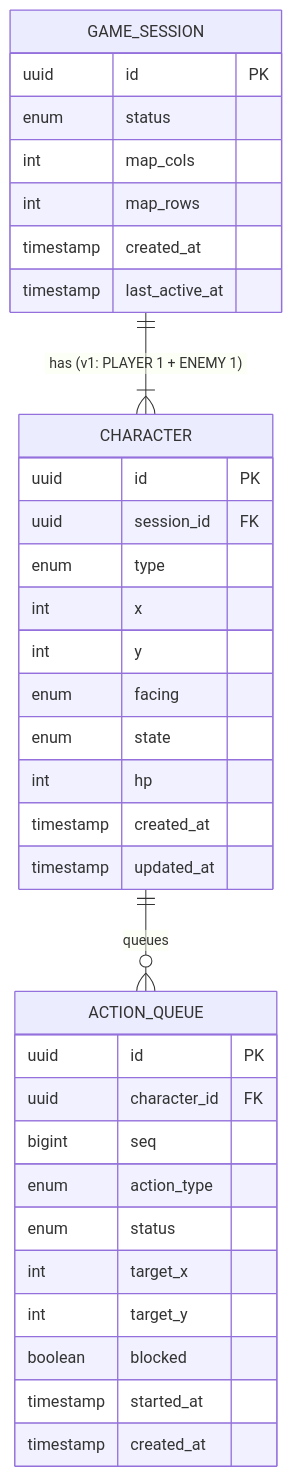
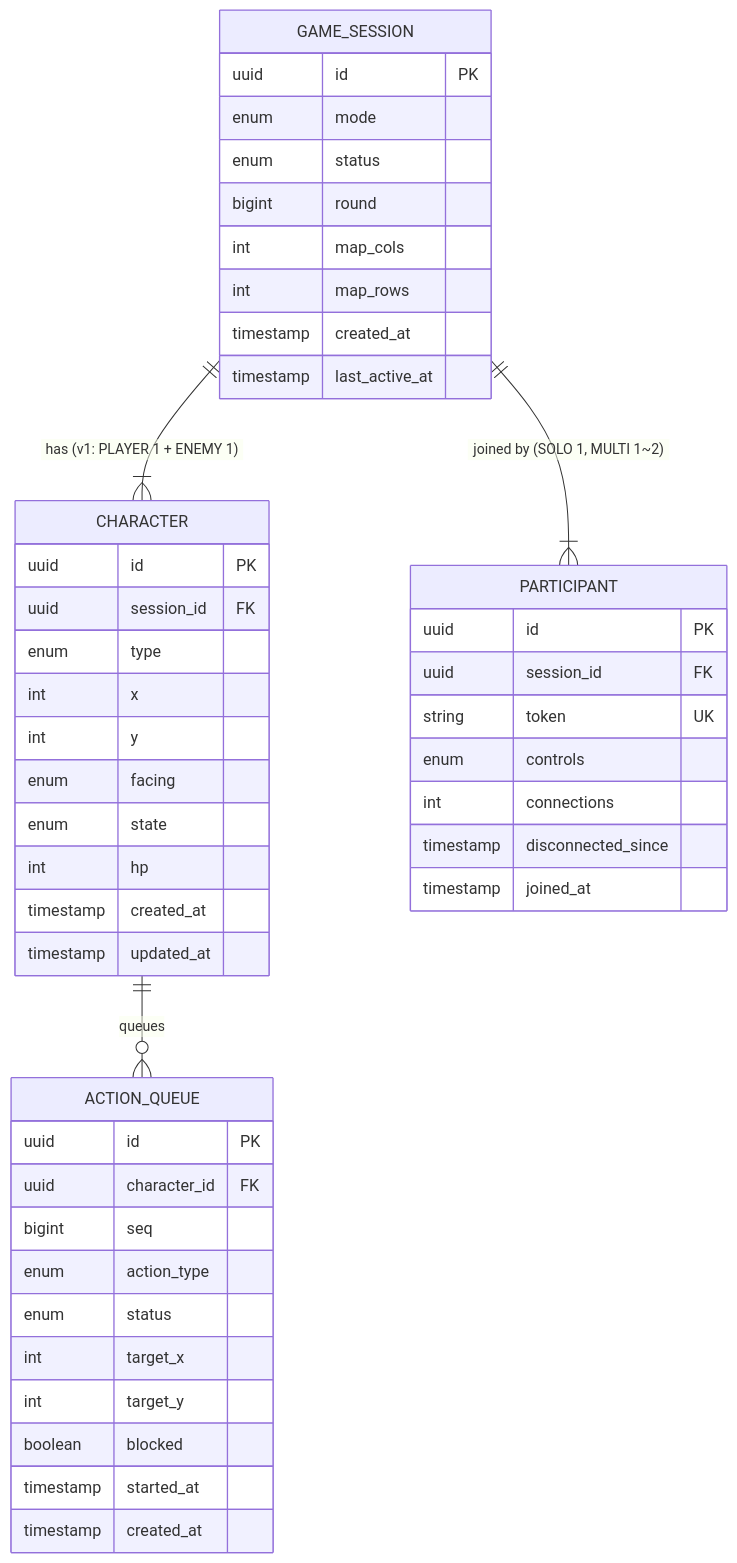
One commit to sidaesekki/Say2Play changed the diagram in docs/erd.md. Above: the diagram before and after it, drawn with Mermaid. The commit also changed other lines of this file and 45 other files, not shown here.

````diff
--- a/docs/erd.md
+++ b/docs/erd.md
@@ -26,38 +29,50 @@
 ```mermaid
 erDiagram
     GAME_SESSION ||--|{ CHARACTER : "has (v1: PLAYER 1 + ENEMY 1)"
+    GAME_SESSION ||--|{ PARTICIPANT : "joined by (SOLO 1, MULTI 1~2)"
     CHARACTER ||--o{ ACTION_QUEUE : "queues"
 
     GAME_SESSION {
         uuid id PK
+        enum mode
         enum status
+        bigint round
         int map_cols
         int map_rows
         timestamp created_at
         timestamp last_active_at
     }
     CHARACTER {
         uuid id PK
         uuid session_id FK
         enum type
         int x
         int y
         enum facing
         enum state
         int hp
         timestamp created_at
         timestamp updated_at
     }
+    PARTICIPANT {
+        uuid id PK
+        uuid session_id FK
+        string token UK
+        enum controls
+        int connections
+        timestamp disconnected_since
+        timestamp joined_at
+    }
     ACTION_QUEUE {
         uuid id PK
         uuid character_id FK
         bigint seq
         enum action_type
         enum status
         int target_x
         int target_y
         boolean blocked
         timestamp started_at
         timestamp created_at
     }
 ```
````
